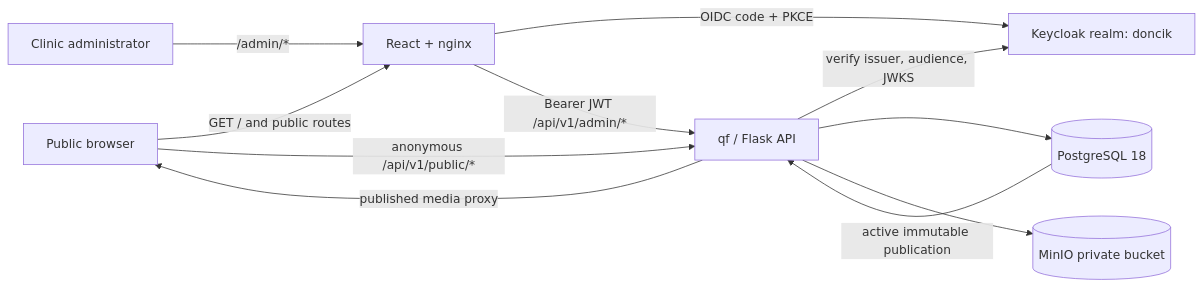
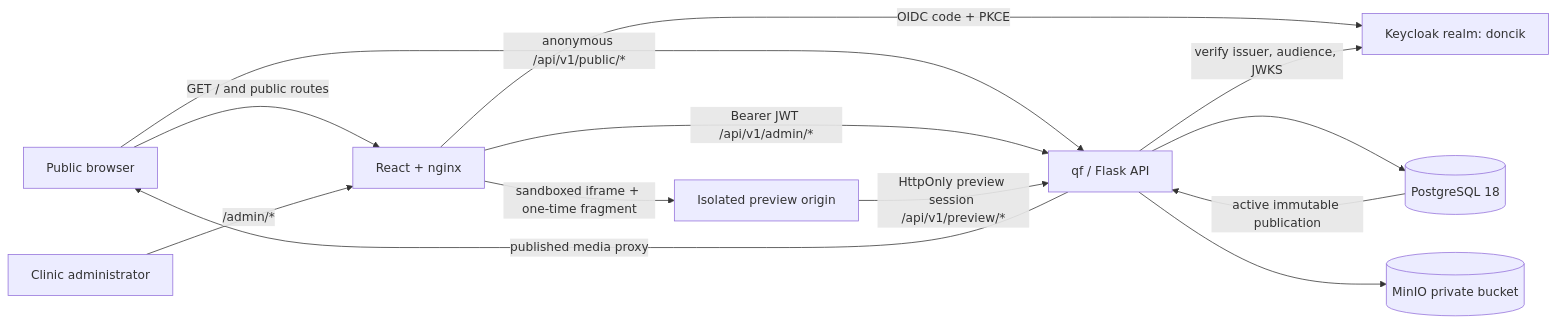
The first of 2 diagrams in docs/architecture.md (bogdancstrike/dentnow), drawn with Mermaid before and after one commit. The commit also changed other lines of this file and 1 other file, not shown here.

First line of the commit message:
docs(architecture): refine public/admin API boundary, backup strategy, and role model

````diff
--- a/docs/architecture.md
+++ b/docs/architecture.md
@@ -78,13 +82,15 @@
 ```mermaid
 flowchart LR
     P[Public browser] -->|GET / and public routes| FE[React + nginx]
     P -->|anonymous /api/v1/public/*| API[qf / Flask API]
     A[Clinic administrator] -->|/admin/*| FE
     FE -->|OIDC code + PKCE| KC[Keycloak realm: doncik]
     FE -->|Bearer JWT /api/v1/admin/*| API
+    FE -->|sandboxed iframe + one-time fragment| PV[Isolated preview origin]
+    PV -->|HttpOnly preview session /api/v1/preview/*| API
     API -->|verify issuer, audience, JWKS| KC
     API --> PG[(PostgreSQL 18)]
     API --> S3[(MinIO private bucket)]
     PG -->|active immutable publication| API
     API -->|published media proxy| P
 ```
````
